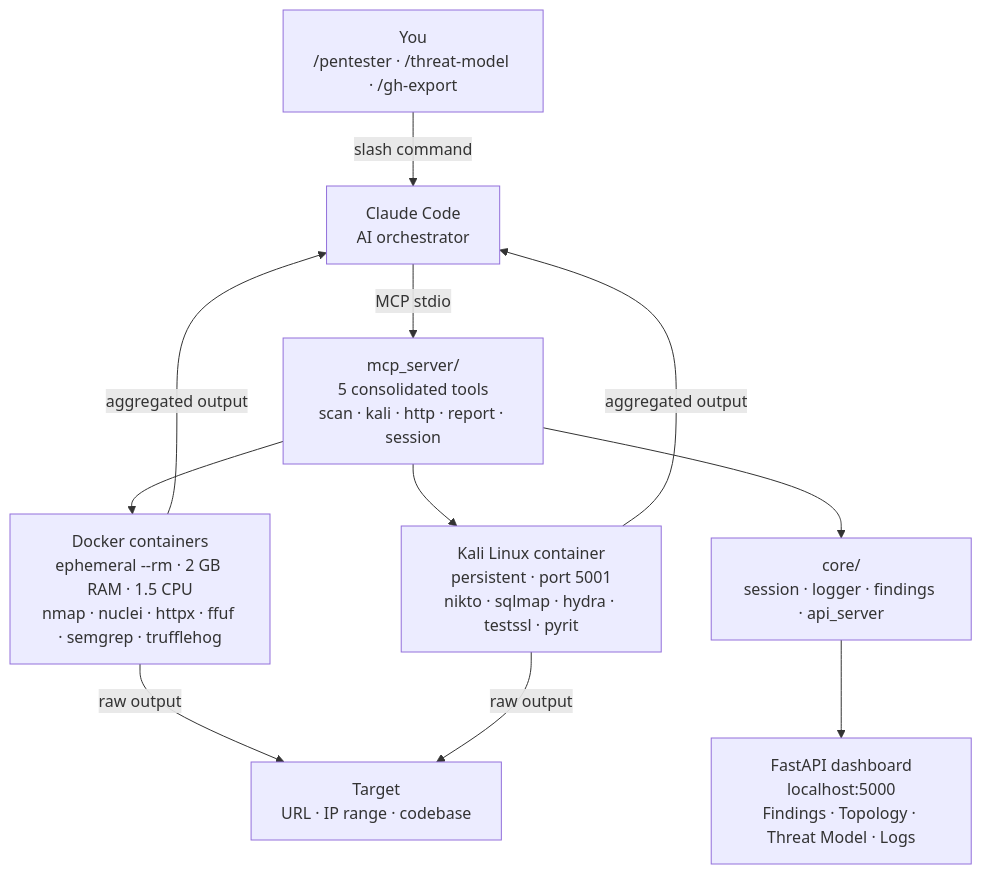
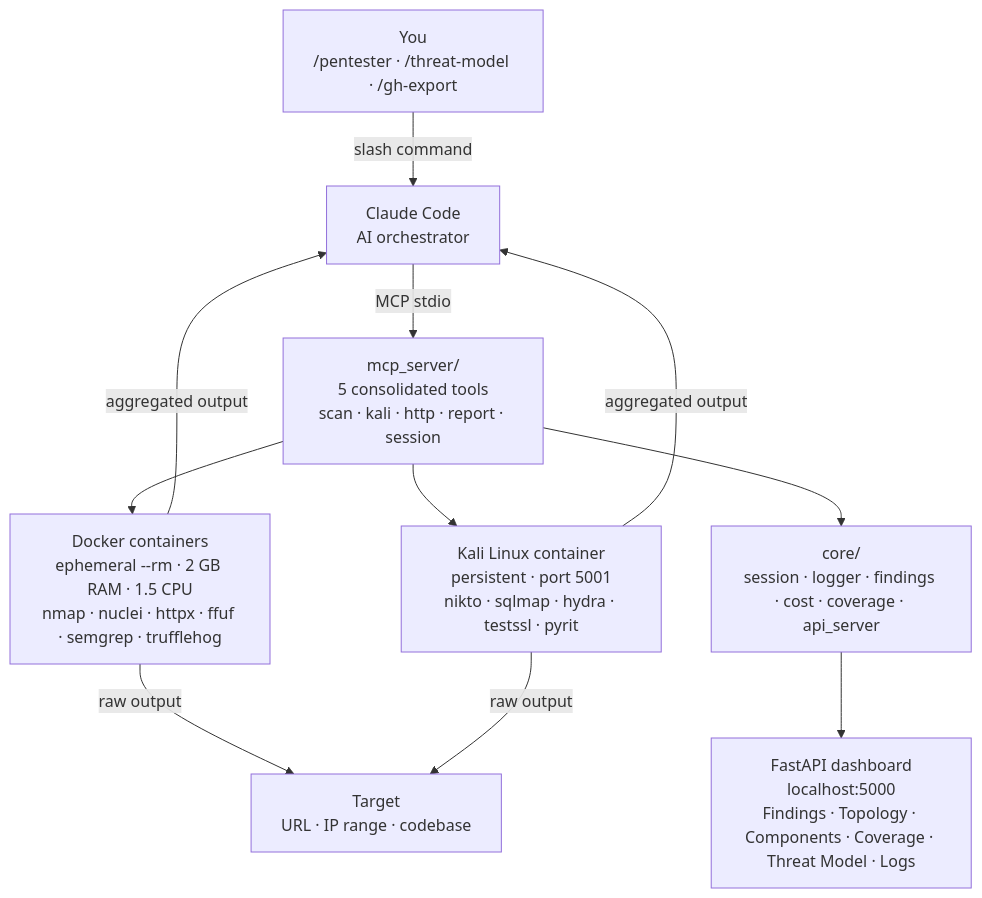
One commit to 0x0pointer/agent-smith changed the diagram in README.md. Above: the diagram before and after it, drawn with Mermaid. The commit also changed other lines of this file, not shown here.

````diff
--- a/README.md
+++ b/README.md
@@ -32,22 +32,22 @@
 ```mermaid
 flowchart TD
     User["You\n/pentester · /threat-model · /gh-export"]
     Claude["Claude Code\nAI orchestrator"]
     MCP["mcp_server/\n5 consolidated tools\nscan · kali · http · report · session"]
     Docker["Docker containers\nephemeral --rm · 2 GB RAM · 1.5 CPU\nnmap · nuclei · httpx · ffuf · semgrep · trufflehog"]
     Kali["Kali Linux container\npersistent · port 5001\nnikto · sqlmap · hydra · testssl · pyrit"]
-    Core["core/\nsession · logger · findings · api_server"]
-    Dashboard["FastAPI dashboard\nlocalhost:5000\nFindings · Topology · Threat Model · Logs"]
+    Core["core/\nsession · logger · findings · cost · coverage · api_server"]
+    Dashboard["FastAPI dashboard\nlocalhost:5000\nFindings · Topology · Components · Coverage · Threat Model · Logs"]
     Target["Target\nURL · IP range · codebase"]
 
     User -->|slash command| Claude
     Claude -->|MCP stdio| MCP
     MCP --> Docker
     MCP --> Kali
     MCP --> Core
     Core --> Dashboard
     Docker -->|raw output| Target
     Kali -->|raw output| Target
     Docker -->|aggregated output| Claude
     Kali -->|aggregated output| Claude
 ```
````
